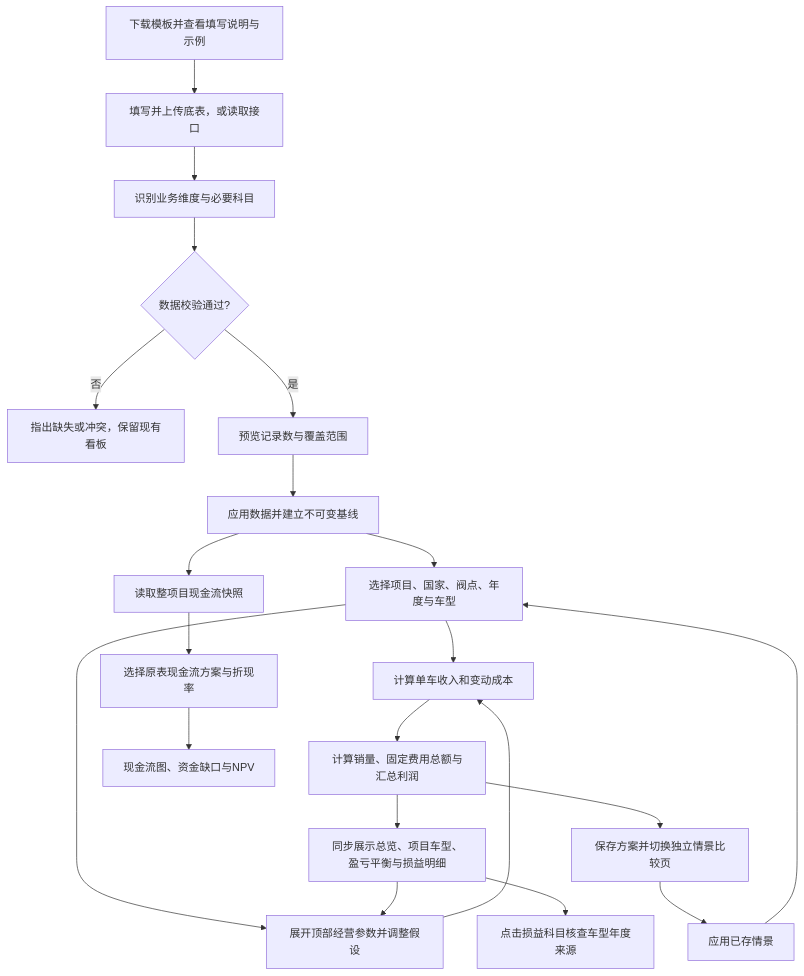
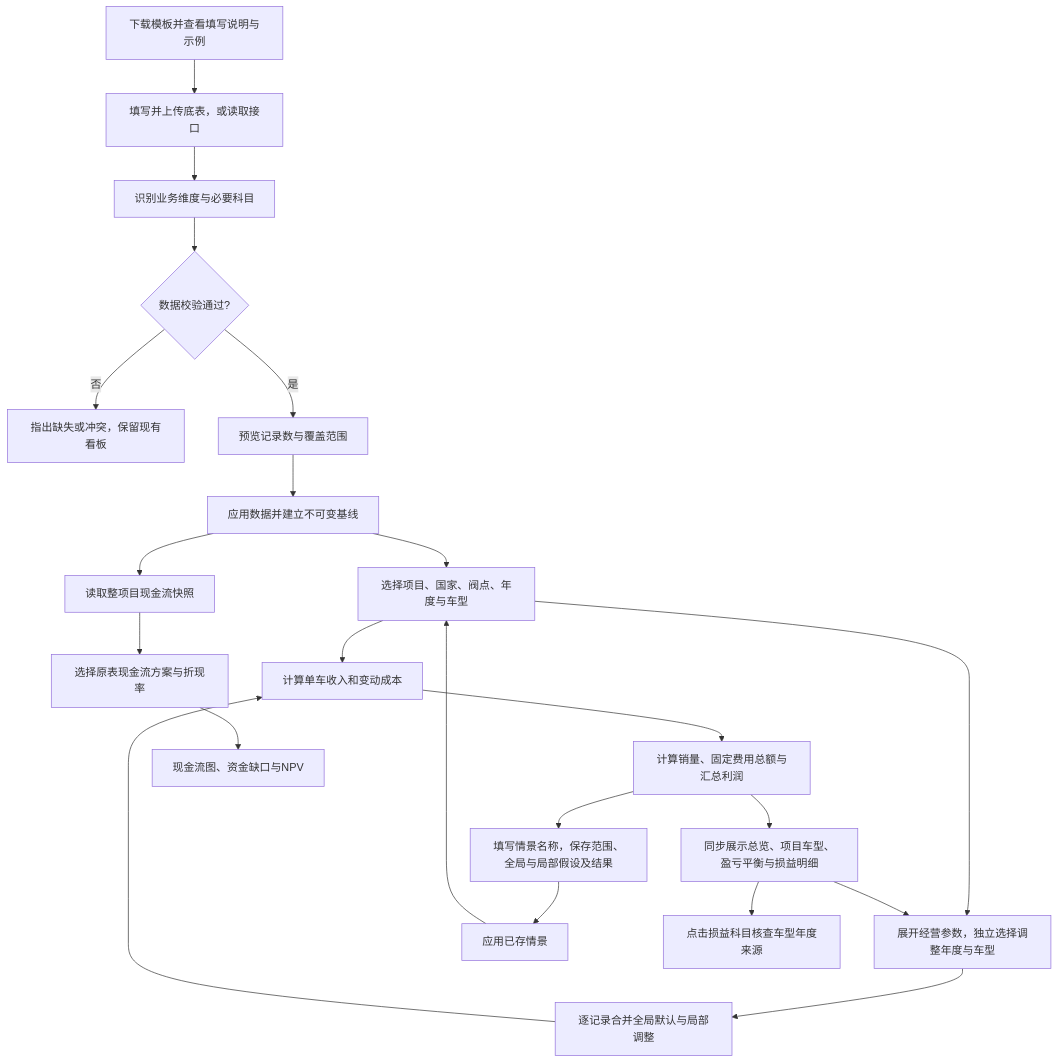
One commit to yinpengtao2002-ai/yinpengtao2002-ai.github.io changed the diagram in public/checkmi/业务逻辑说明.md. Above: the diagram before and after it, drawn with Mermaid. The commit also changed other lines of this file and 9 other files, not shown here.

````diff
--- a/public/checkmi/业务逻辑说明.md
+++ b/public/checkmi/业务逻辑说明.md
@@ -43,23 +43,24 @@
 ```mermaid
 flowchart TD
  A0[下载模板并查看填写说明与示例] --> A[填写并上传底表，或读取接口]
  A --> B[识别业务维度与必要科目]
  B --> C{数据校验通过?}
  C -- 否 --> D[指出缺失或冲突，保留现有看板]
  C -- 是 --> E[预览记录数与覆盖范围]
  E --> F[应用数据并建立不可变基线]
  F --> G[选择项目、国家、阀点、年度与车型]
  G --> H
- G --> K[展开顶部经营参数并调整假设]
- K --> H[计算单车收入和变动成本]
+ G --> K[展开经营参数，独立选择调整年度与车型]
+ K --> K2[逐记录合并全局默认与局部调整]
+ K2 --> H[计算单车收入和变动成本]
  H --> I[计算销量、固定费用总额与汇总利润]
  I --> J[同步展示总览、项目车型、盈亏平衡与损益明细]
  J --> K
- I --> L[保存方案并切换独立情景比较页]
+ I --> L[填写情景名称，保存范围、全局与局部假设及结果]
  L --> P[应用已存情景]
  P --> G
  J --> Q[点击损益科目核查车型年度来源]
  F --> M[读取整项目现金流快照]
  M --> N[选择原表现金流方案与折现率]
  N --> O[现金流图、资金缺口与NPV]
 ```
````
